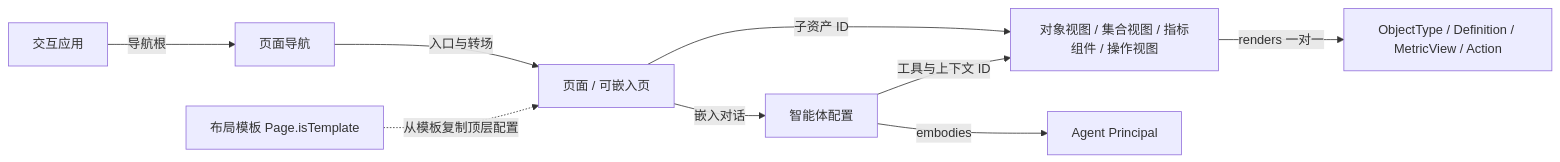
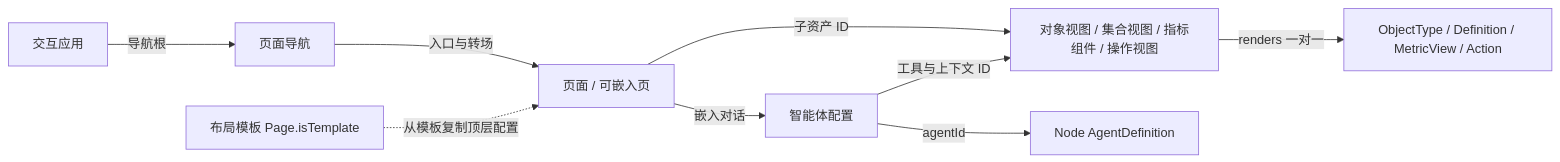
One commit to ontomato-ai/Ontomato changed the diagram in docs/product-assets.md. Above: the diagram before and after it, drawn with Mermaid. The commit also changed other lines of this file and 6 other files, not shown here.

Commit message:
docs: retire principal guidance and align agent settings references

````diff
--- a/docs/product-assets.md
+++ b/docs/product-assets.md
@@ -19,11 +19,11 @@
 ```mermaid
 flowchart LR
   app[交互应用] -->|导航根| nav[页面导航]
   nav -->|入口与转场| page[页面 / 可嵌入页]
   template[布局模板 Page.isTemplate] -. 从模板复制顶层配置 .-> page
   page -->|子资产 ID| projection[对象视图 / 集合视图 / 指标组件 / 操作视图]
   page -->|嵌入对话| profile[智能体配置]
   profile -->|工具与上下文 ID| projection
   projection -->|renders 一对一| ontology[ObjectType / Definition / MetricView / Action]
-  profile -->|embodies| principal[Agent Principal]
+  profile -->|agentId| definition[Node AgentDefinition]
 ```
````
